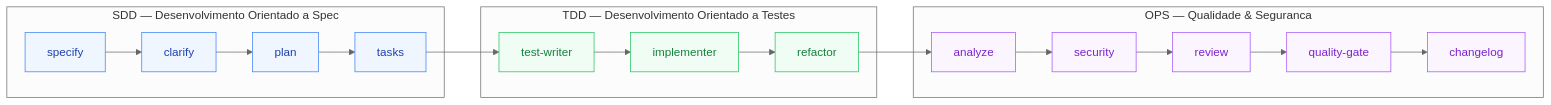
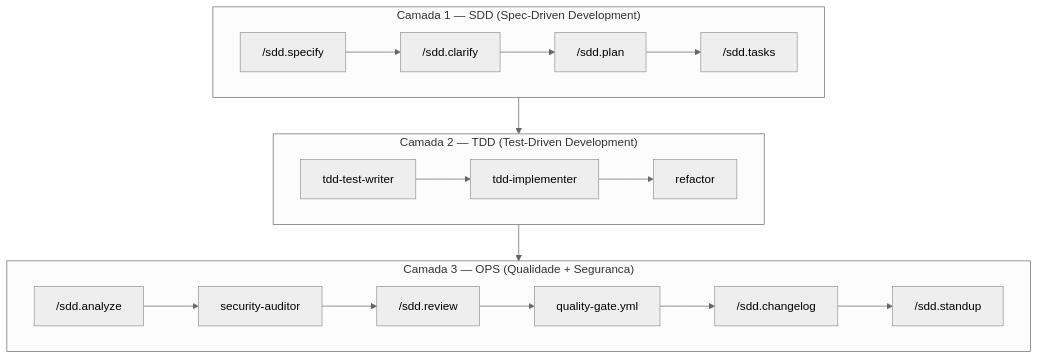
One commit to jonatascatarina/ai-first-pipeline changed the diagram in README.pt-BR.md. Above: the diagram before and after it, drawn with Mermaid (neutral theme). The commit also changed 1 other file, not shown here.

Commit message:
docs: restore original pipeline diagram

````diff
--- a/README.pt-BR.md
+++ b/README.pt-BR.md
@@ -122,25 +122,13 @@
 ```mermaid
-flowchart LR
-    classDef sdd fill:#EFF6FF,stroke:#3B82F6,color:#1E40AF,font-weight:500
-    classDef tdd fill:#F0FDF4,stroke:#22C55E,color:#15803D,font-weight:500
-    classDef ops fill:#FAF5FF,stroke:#A855F7,color:#7E22CE,font-weight:500
-
-    subgraph L1 ["SDD — Desenvolvimento Orientado a Spec"]
-        A[specify] --> B[clarify] --> C[plan] --> D[tasks]
+flowchart TD
+    subgraph L1 ["Camada 1 — SDD  (Spec-Driven Development)"]
+        A["/sdd.specify"] --> B["/sdd.clarify"] --> C["/sdd.plan"] --> D["/sdd.tasks"]
     end
-
-    subgraph L2 ["TDD — Desenvolvimento Orientado a Testes"]
-        E[test-writer] --> F[implementer] --> G[refactor]
+    subgraph L2 ["Camada 2 — TDD  (Test-Driven Development)"]
+        E["tdd-test-writer"] --> F["tdd-implementer"] --> G["refactor"]
     end
-
-    subgraph L3 ["OPS — Qualidade & Seguranca"]
-        H[analyze] --> I[security] --> J[review] --> K[quality-gate] --> L[changelog]
+    subgraph L3 ["Camada 3 — OPS  (Qualidade + Seguranca)"]
+        H["/sdd.analyze"] --> I["security-auditor"] --> J["/sdd.review"] --> K["quality-gate.yml"] --> L["/sdd.changelog"] --> M["/sdd.standup"]
     end
-
-    D --> E
-    G --> H
-
-    class A,B,C,D sdd
-    class E,F,G tdd
-    class H,I,J,K,L ops
+    L1 --> L2 --> L3
 ```
````
